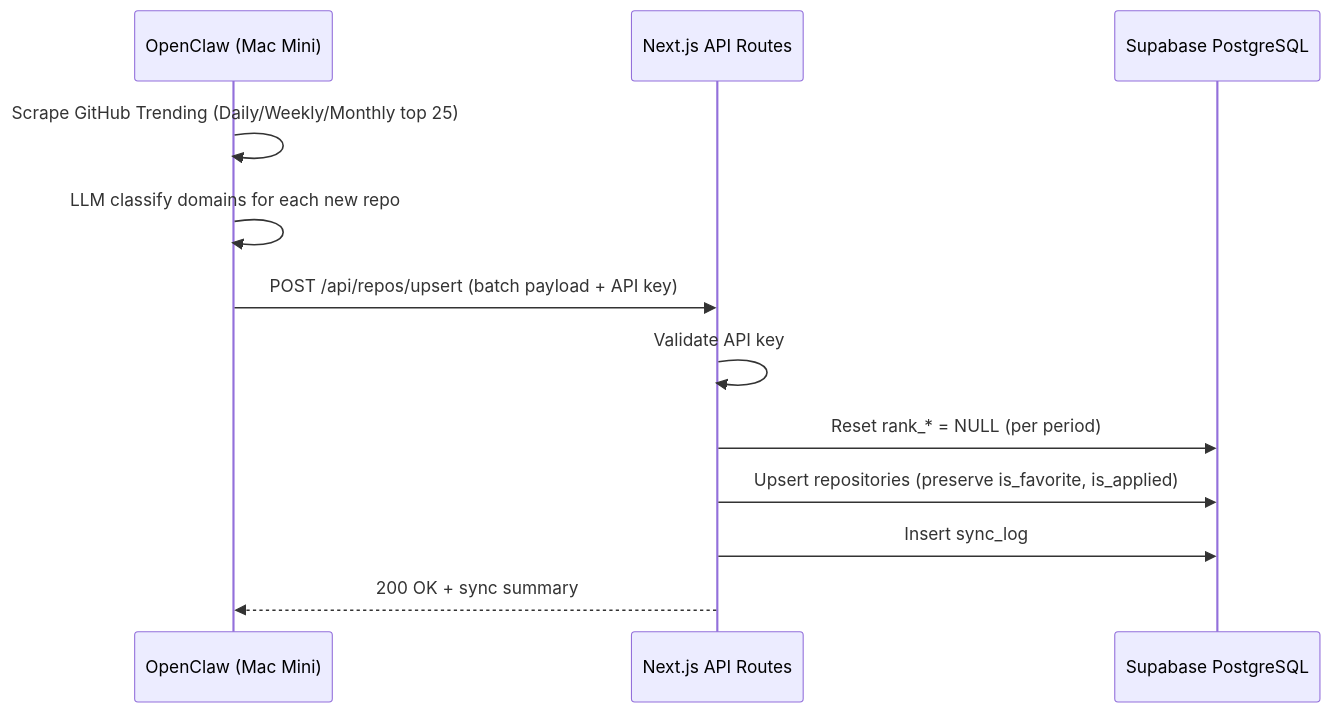
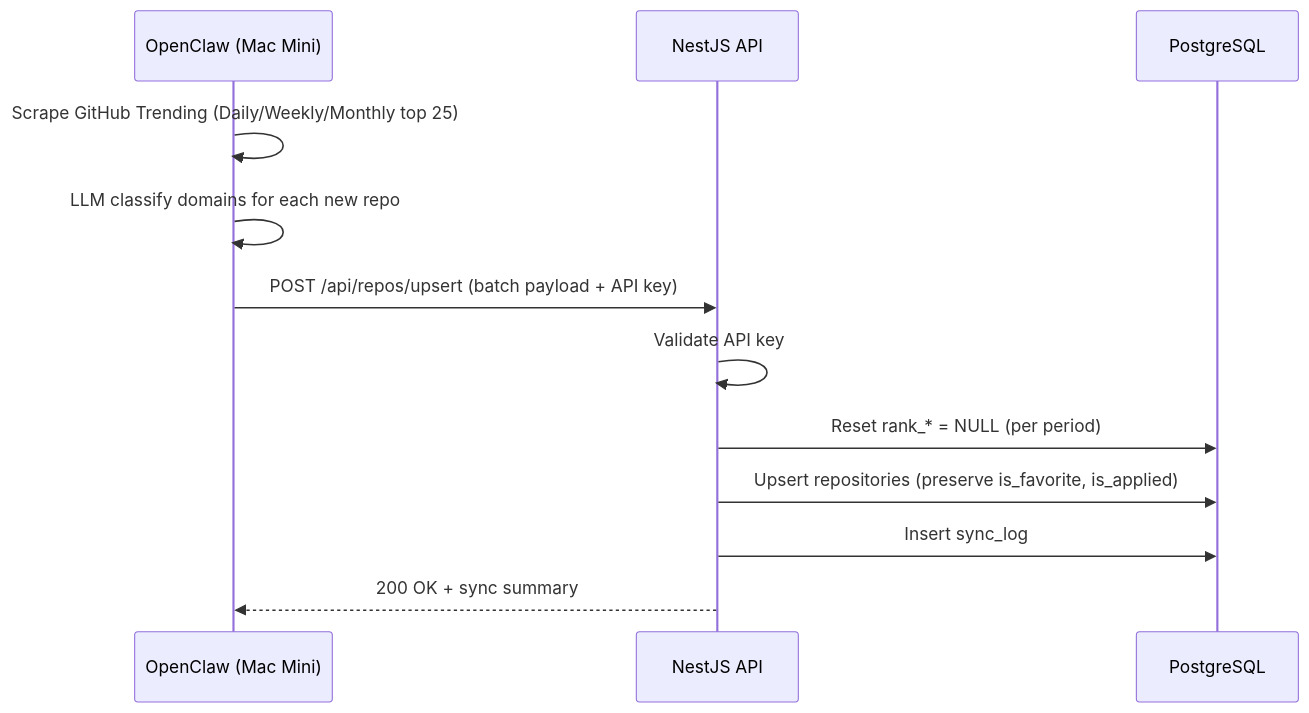
One commit to thangvq95/thangvq-digital-hub changed the second of 2 diagrams in docs/PRD.md. Above: the diagram before and after it, drawn with Mermaid. The commit also changed other lines of this file and 48 other files, not shown here.

First line of the commit message:
Add TechTrend UI, API routes and webapp-testing

````diff
--- a/docs/PRD.md
+++ b/docs/PRD.md
@@ -56,15 +105,15 @@
 ```mermaid
 sequenceDiagram
     participant OC as OpenClaw (Mac Mini)
-    participant API as Next.js API Routes
-    participant DB as Supabase PostgreSQL
+    participant BE as NestJS API
+    participant DB as PostgreSQL
 
     OC->>OC: Scrape GitHub Trending (Daily/Weekly/Monthly top 25)
     OC->>OC: LLM classify domains for each new repo
-    OC->>API: POST /api/repos/upsert (batch payload + API key)
-    API->>API: Validate API key
-    API->>DB: Reset rank_* = NULL (per period)
-    API->>DB: Upsert repositories (preserve is_favorite, is_applied)
-    API->>DB: Insert sync_log
-    API-->>OC: 200 OK + sync summary
+    OC->>BE: POST /api/repos/upsert (batch payload + API key)
+    BE->>BE: Validate API key
+    BE->>DB: Reset rank_* = NULL (per period)
+    BE->>DB: Upsert repositories (preserve is_favorite, is_applied)
+    BE->>DB: Insert sync_log
+    BE-->>OC: 200 OK + sync summary
 ```
````
